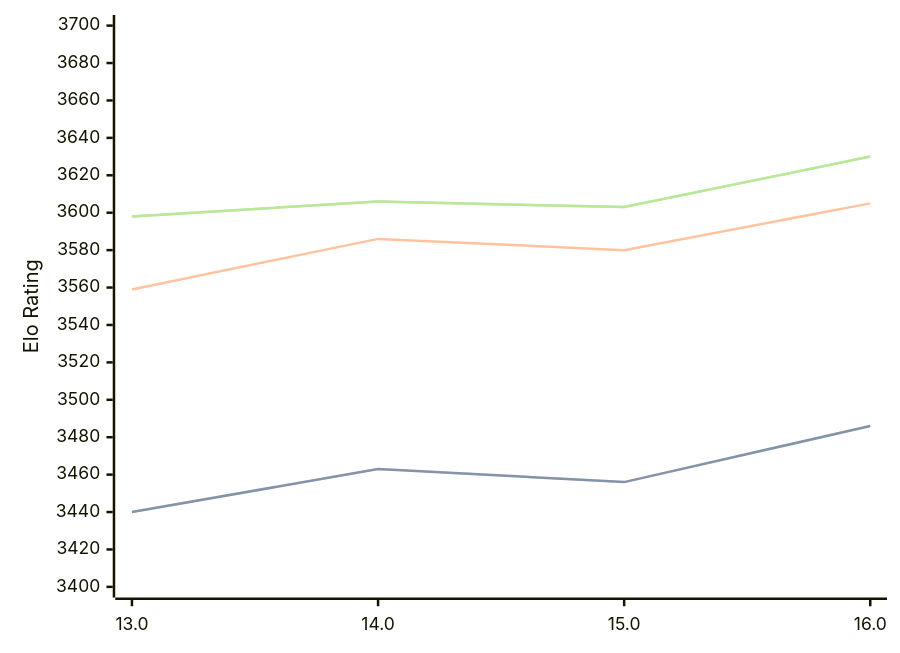
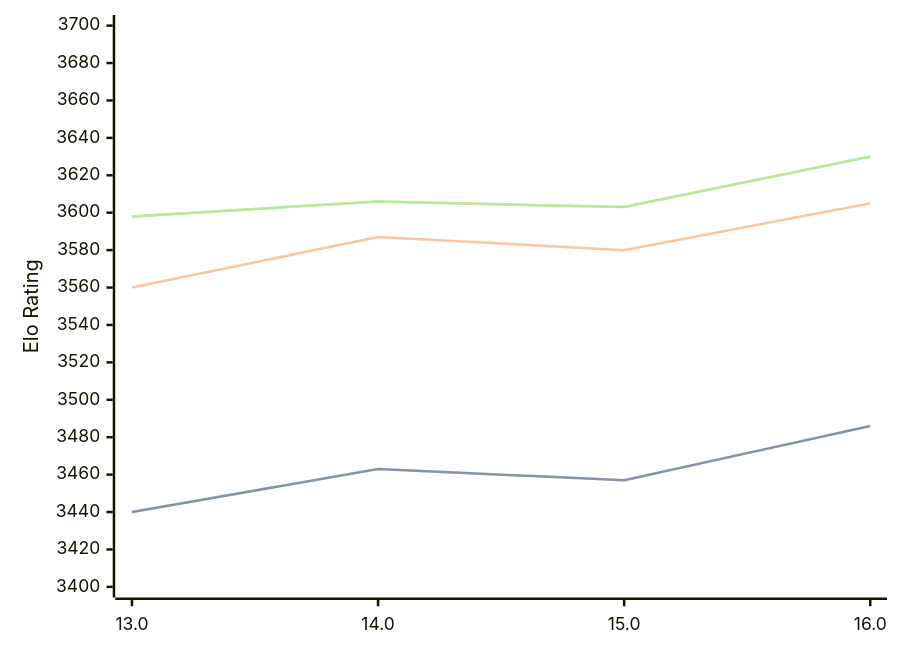
Before and after one commit to computer-chess-index/cci: the diagram in engines/Obsidian.md, drawn with Mermaid. The commit also changed other lines of this file, not shown here.

````diff
--- a/engines/Obsidian.md
+++ b/engines/Obsidian.md
@@ -43,11 +43,11 @@
 ```mermaid
 %%{init: {"theme":"base","themeVariables":{"seriesColors:['#a3a3a3','#222221','#faa371']}}}%%
 xychart-beta
   x-axis ["13.0", "14.0", "15.0", "16.0"]
   y-axis "Elo Rating" 3400 --> 3700
-  line "STC (8.0+0.08s)" [3440, 3463, 3456, 3486]
-  line "STC (8.0+0.08s)" [3440, 3463, 3456, 3486]
-  line "LTC (60.0+0.60s)" [3559, 3586, 3580, 3605]
+  line "STC (8.0+0.08s)" [3440, 3463, 3457, 3486]
+  line "STC (8.0+0.08s)" [3440, 3463, 3457, 3486]
+  line "LTC (60.0+0.60s)" [3560, 3587, 3580, 3605]
   line "VLTC (2m24s+1.12s)" [3598, 3606, 3603, 3630]
   line "VLTC (2m24s+1.12s)" [3598, 3606, 3603, 3630]
 ```
````
